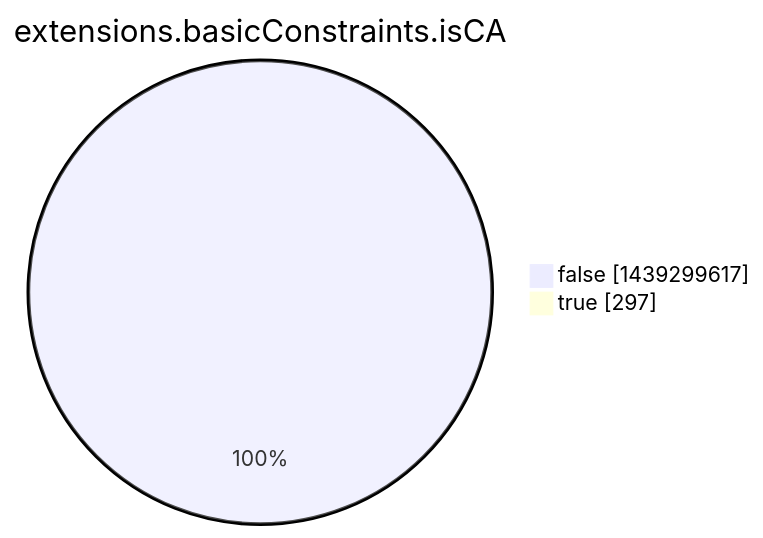
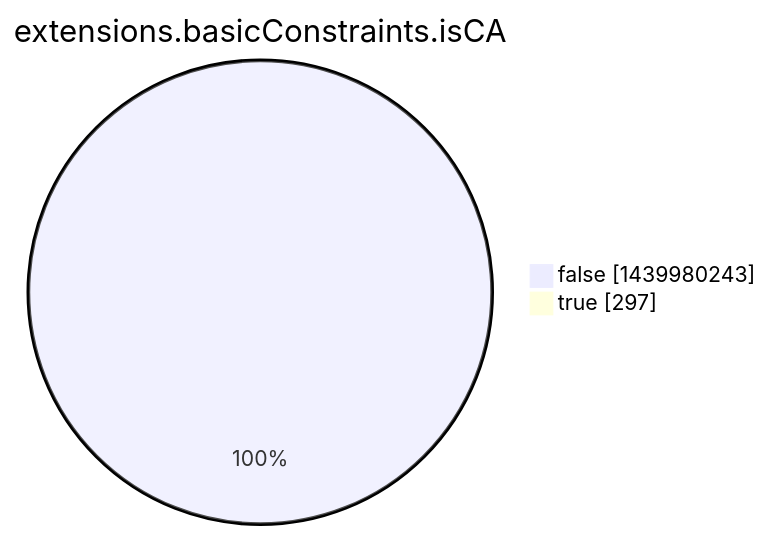
The eighth of 15 diagrams in argon2022/README.md (christiankrug/ctmonitor_visualization), drawn with Mermaid before and after one commit. The commit also changed other lines of this file, not shown here.

````diff
--- a/argon2022/README.md
+++ b/argon2022/README.md
@@ -2760,6 +2760,6 @@
 ```mermaid
 pie showData
 title extensions.basicConstraints.isCA
-"false" :1439299617
+"false" :1439980243
 "true" :297
 ```
````
